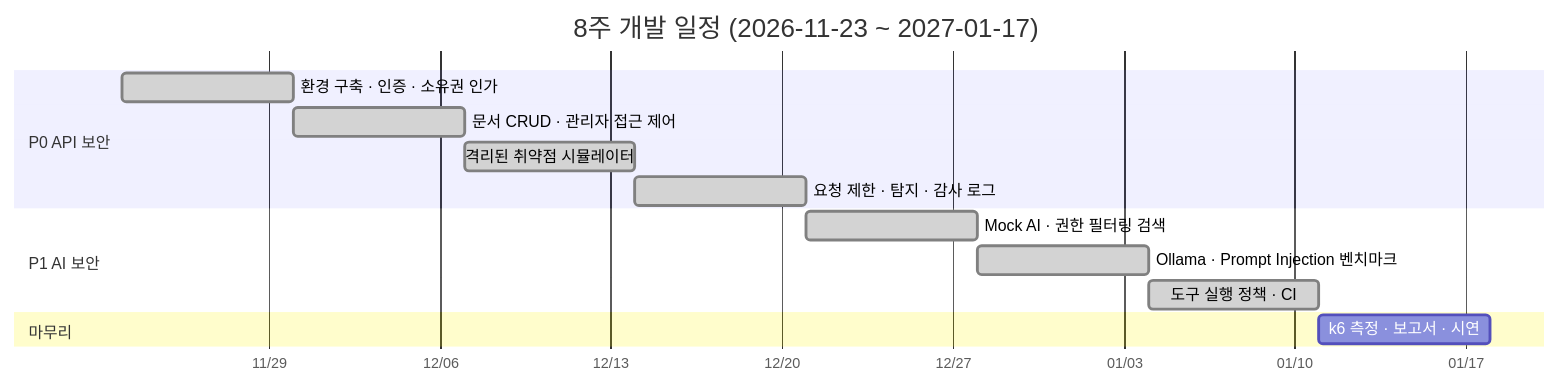
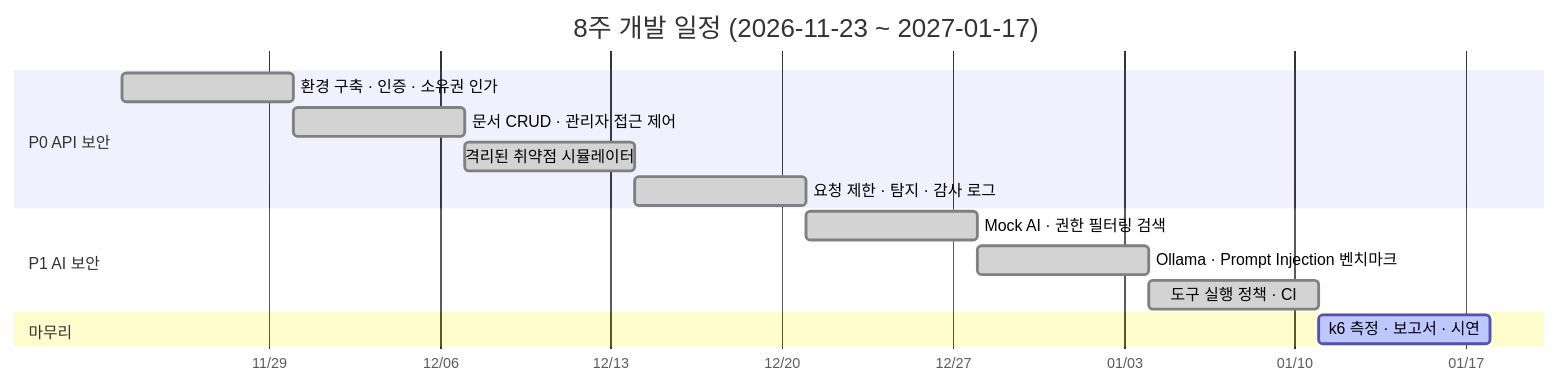
Before and after one commit to Ohhaeseo/securelab-ai: the second of 2 diagrams in README.md, drawn with Mermaid. The commit also changed other lines of this file and 18 other files, not shown here.

````diff
--- a/README.md
+++ b/README.md
@@ -215,17 +216,17 @@
 ```mermaid
 gantt
   title 8주 개발 일정 (2026-11-23 ~ 2027-01-17)
   dateFormat YYYY-MM-DD
   axisFormat %m/%d
   section P0 API 보안
   환경 구축 · 인증 · 소유권 인가   :done, w1, 2026-11-23, 7d
   문서 CRUD · 관리자 접근 제어     :done, w2, after w1, 7d
   격리된 취약점 시뮬레이터          :done, w3, after w2, 7d
   요청 제한 · 탐지 · 감사 로그      :done, w4, after w3, 7d
   section P1 AI 보안
   Mock AI · 권한 필터링 검색       :done, w5, after w4, 7d
   Ollama · Prompt Injection 벤치마크 :done, w6, after w5, 7d
   도구 실행 정책 · CI              :done, w7, after w6, 7d
   section 마무리
-  k6 측정 · 보고서 · 시연          :w8, after w7, 7d
+  k6 측정 · 보고서 · 시연          :active, w8, after w7, 7d
 ```
````
